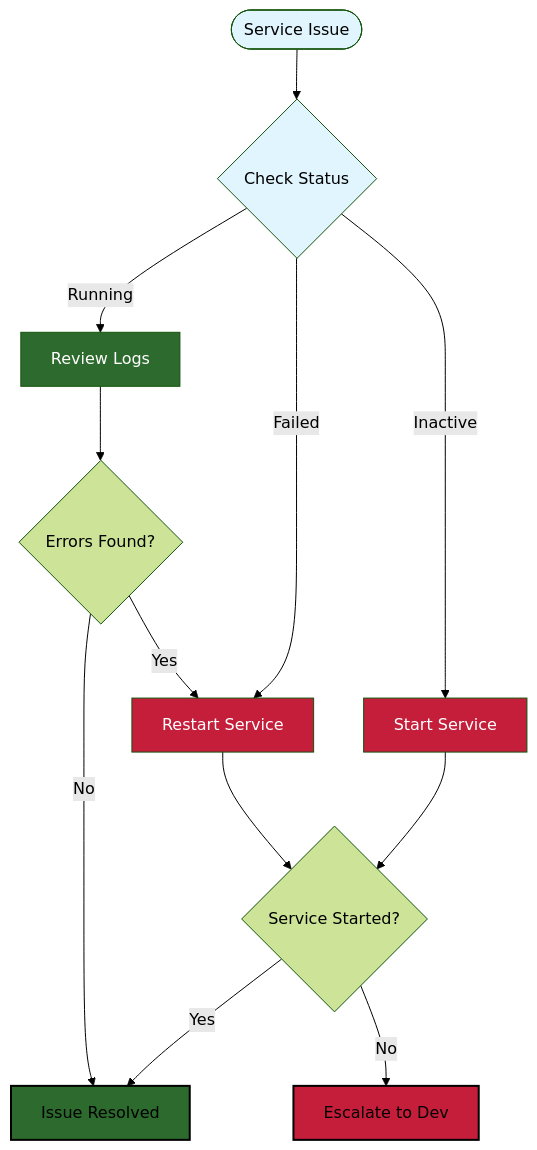
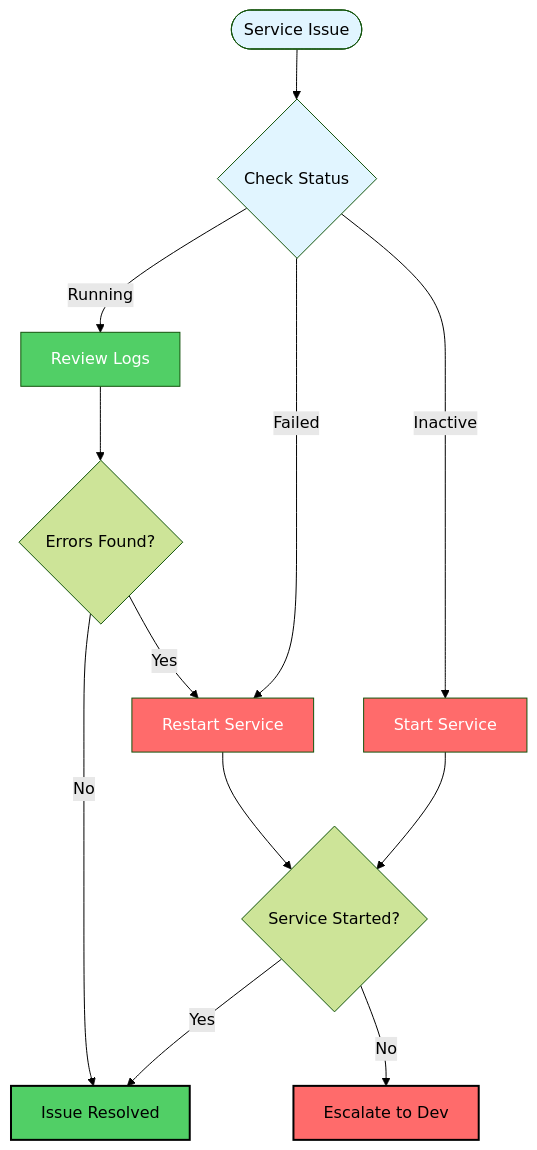
Before and after one commit to ouegy/triple-screen-docs: the diagram in docs/reference/REF-001-vps-commands.md, drawn with Mermaid (forest theme). The commit also changed 5 other files, not shown here.

````diff
--- a/docs/reference/REF-001-vps-commands.md
+++ b/docs/reference/REF-001-vps-commands.md
@@ -157,26 +157,26 @@
 ```mermaid
 graph TD
     Start([Service Issue]) --> CheckStatus{Check Status}
 
     CheckStatus -->|Running| CheckLogs[Review Logs]
     CheckStatus -->|Failed| Restart[Restart Service]
     CheckStatus -->|Inactive| StartSvc[Start Service]
 
     CheckLogs --> Errors{Errors Found?}
     Errors -->|No| Resolved[Issue Resolved]
     Errors -->|Yes| Restart
 
     Restart --> Verify{Service Started?}
     StartSvc --> Verify
 
     Verify -->|Yes| Resolved
     Verify -->|No| Escalate[Escalate to Dev]
 
     style Start fill:#e1f5ff,color:#000
-    style Resolved fill:#2d6a2d,color:#fff !important,stroke:#000,stroke-width:2px
-    style Escalate fill:#c41e3a,color:#fff !important,stroke:#000,stroke-width:2px
+    style Resolved fill:#51cf66,color:#fff !important,stroke:#000,stroke-width:2px
+    style Escalate fill:#ff6b6b,color:#fff !important,stroke:#000,stroke-width:2px
     style CheckStatus fill:#e1f5ff,color:#000
-    style Restart fill:#c41e3a,color:#fff
-    style StartSvc fill:#c41e3a,color:#fff
-    style CheckLogs fill:#2d6a2d,color:#fff
+    style Restart fill:#ff6b6b,color:#fff
+    style StartSvc fill:#ff6b6b,color:#fff
+    style CheckLogs fill:#51cf66,color:#fff
 ```
````
